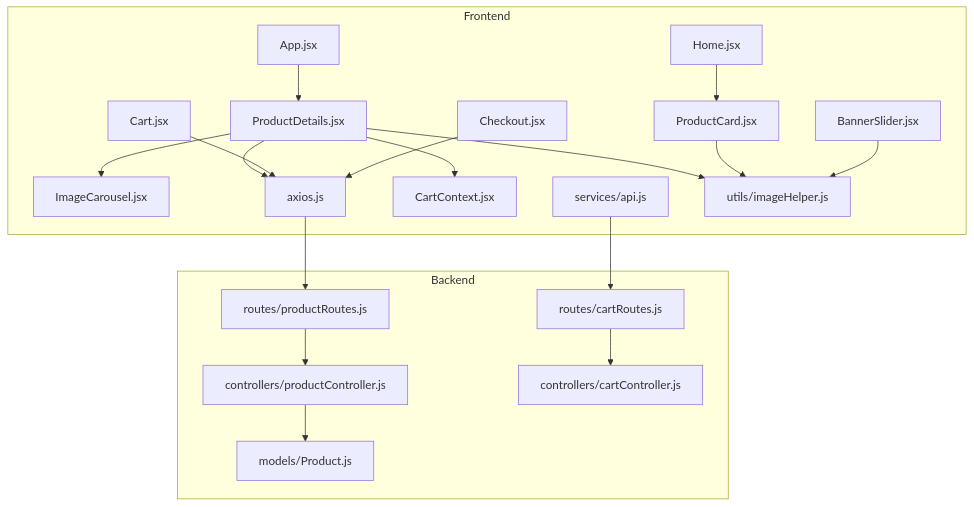
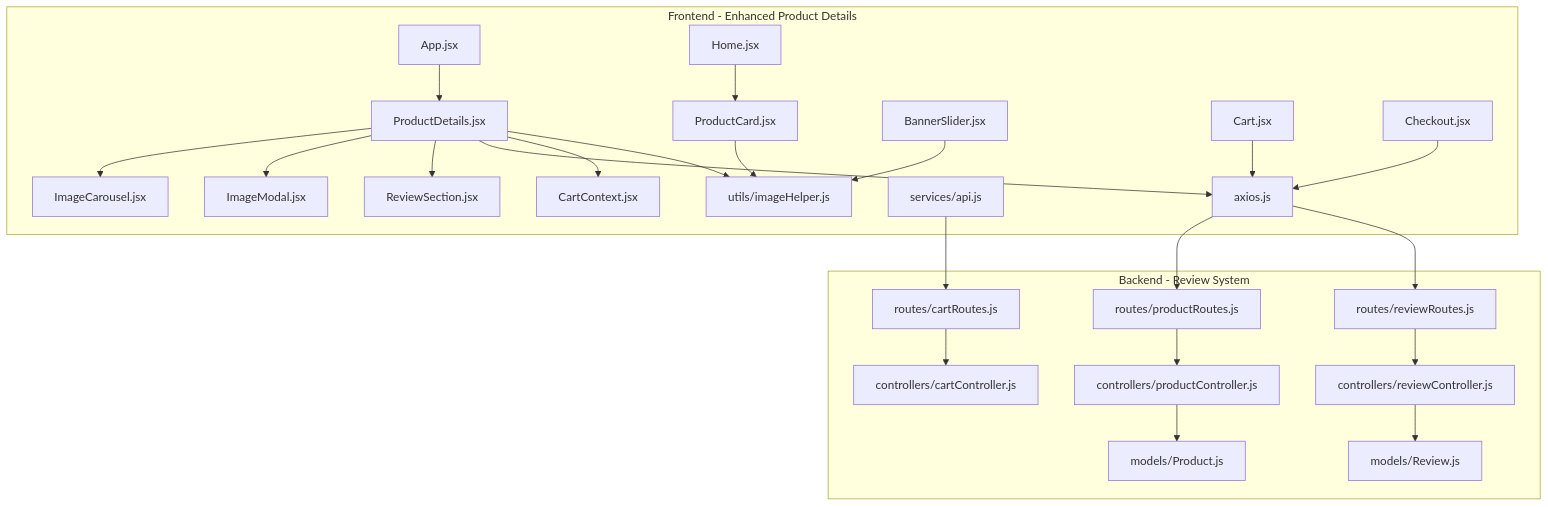
Before and after one commit to Pavan-PSPK9032/TrendsandToss: the first of 5 diagrams in .qoder/repowiki/en/content/Shopping Experience/Product Details & Selection.md, drawn with Mermaid. The commit also changed other lines of this file and 5 other files, not shown here.

````diff
--- a/.qoder/repowiki/en/content/Shopping Experience/Product Details & Selection.md
+++ b/.qoder/repowiki/en/content/Shopping Experience/Product Details & Selection.md
@@ -51,39 +56,49 @@
 ```mermaid
 graph TB
-subgraph "Frontend"
+subgraph "Frontend - Enhanced Product Details"
 PD["ProductDetails.jsx"]
 IC["ImageCarousel.jsx"]
+IM["ImageModal.jsx"]
+RS["ReviewSection.jsx"]
 AX["axios.js"]
 CTX["CartContext.jsx"]
 API["services/api.js"]
 IMGU["utils/imageHelper.js"]
 APP["App.jsx"]
 HOME["Home.jsx"]
 PS["ProductCard.jsx"]
 BS["BannerSlider.jsx"]
 CART["Cart.jsx"]
 CHK["Checkout.jsx"]
 end
-subgraph "Backend"
+subgraph "Backend - Review System"
 PRCTRL["controllers/productController.js"]
 CRTCTRL["controllers/cartController.js"]
+RC["controllers/reviewController.js"]
+RR["routes/reviewRoutes.js"]
 PRR["routes/productRoutes.js"]
 CRR["routes/cartRoutes.js"]
 PM["models/Product.js"]
+RM["models/Review.js"]
 end
 APP --> PD
 PD --> IC
+PD --> IM
+PD --> RS
 PD --> AX
 PD --> CTX
 PD --> IMGU
 HOME --> PS
 PS --> IMGU
 BS --> IMGU
 AX --> PRR
+AX --> RR
 API --> CRR
 PRR --> PRCTRL
 CRR --> CRTCTRL
+RR --> RC
 PRCTRL --> PM
+RC --> RM
 CART --> AX
 CHK --> AX
 ```
````
